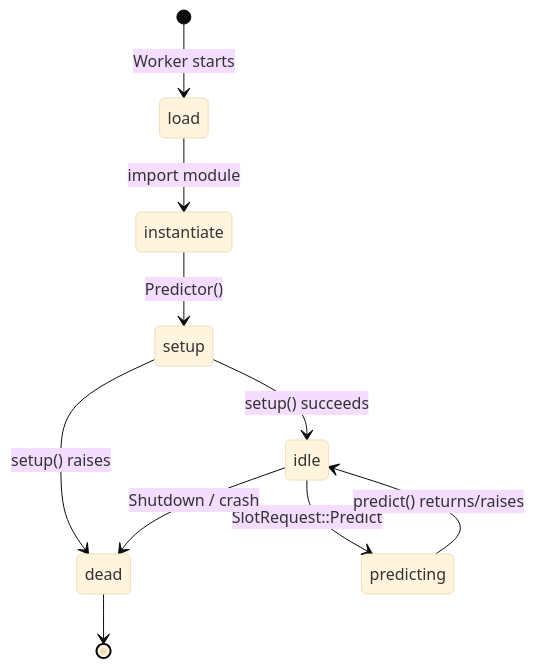
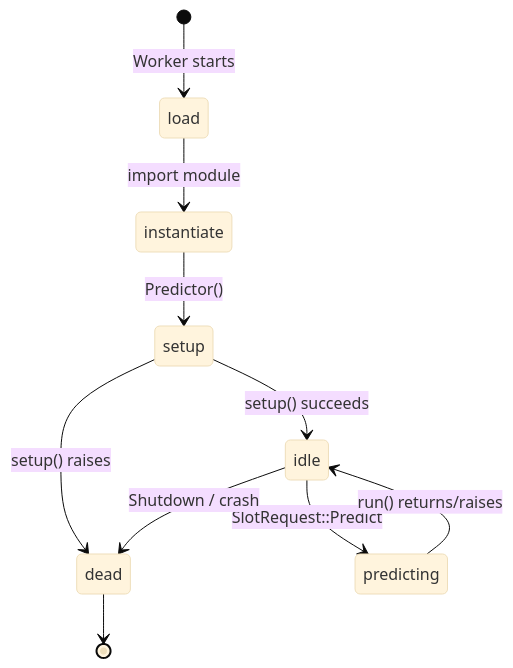
Before and after one commit to replicate/cog: the second of 7 diagrams in architecture/04-container-runtime.md, drawn with Mermaid (base theme). The commit also changed other lines of this file and 73 other files, not shown here.

First line of the commit message:
feat: Rename predict to run with backward compatibility (#3015)

````diff
--- a/architecture/04-container-runtime.md
+++ b/architecture/04-container-runtime.md
@@ -104,15 +104,15 @@
 ```mermaid
 stateDiagram-v2
     [*] --> load: Worker starts
     load --> instantiate: import module
     instantiate --> setup: Predictor()
     setup --> idle: setup() succeeds
     setup --> dead: setup() raises
 
     idle --> predicting: SlotRequest#colon;#colon;Predict
-    predicting --> idle: predict() returns/raises
+    predicting --> idle: run() returns/raises
 
     idle --> dead: Shutdown / crash
 
     dead --> [*]
 ```
````
